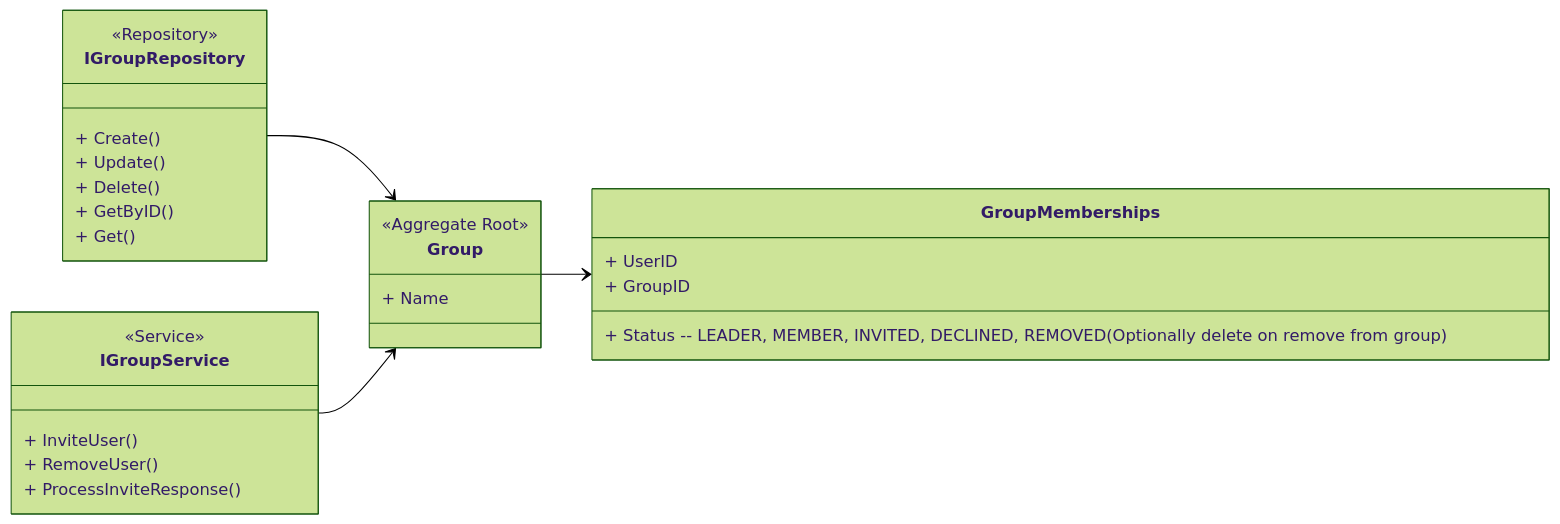
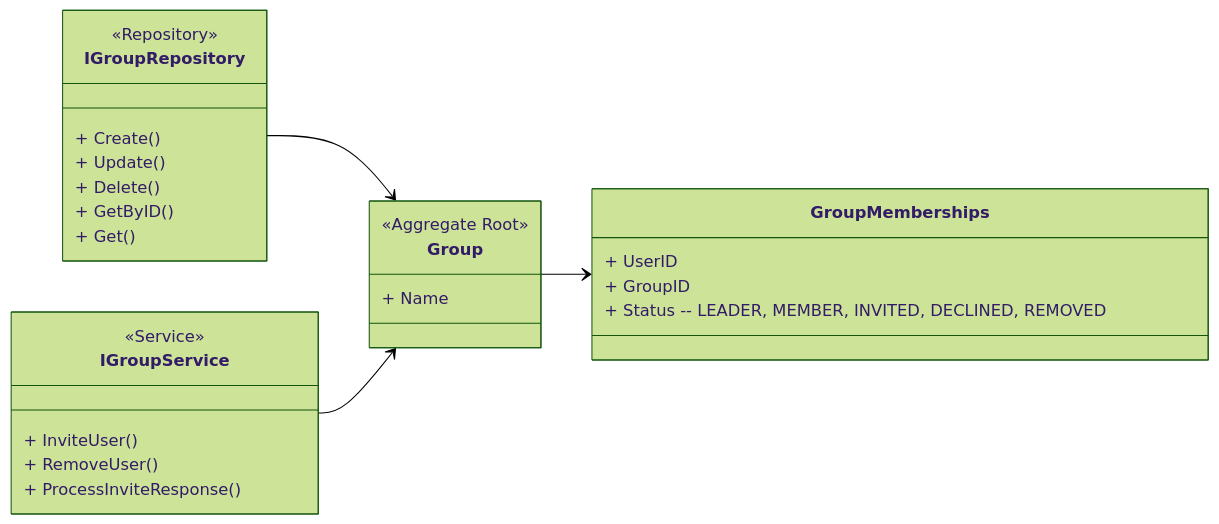
One commit to JoachimTislov/foodsavr changed the third of 6 diagrams in docs/plan/relations.md. Above: the diagram before and after it, drawn with Mermaid (forest theme). The commit also changed other lines of this file and 4 other files, not shown here.

Commit message:
docs: align project documentation with current firebase-based architecture

````diff
--- a/docs/plan/relations.md
+++ b/docs/plan/relations.md
@@ -109,35 +93,35 @@
 ```mermaid
 classDiagram
     direction LR
 
     class IGroupRepository {
         <<Repository>>
         + Create()
         + Update()
         + Delete()
         + GetByID()
         + Get()
     }
 
     class IGroupService {
         <<Service>>
         + InviteUser()
         + RemoveUser()
         + ProcessInviteResponse()
     }
 
     class Group {
         <<Aggregate Root>>
         + Name
     }
 
     class GroupMemberships {
         + UserID
         + GroupID
-        + Status -- LEADER, MEMBER, INVITED, DECLINED, REMOVED (Optionally delete on remove from group)
+        + Status -- LEADER, MEMBER, INVITED, DECLINED, REMOVED
     }
 
     IGroupRepository --> Group
     IGroupService --> Group
     Group --> GroupMemberships
 ```
````
